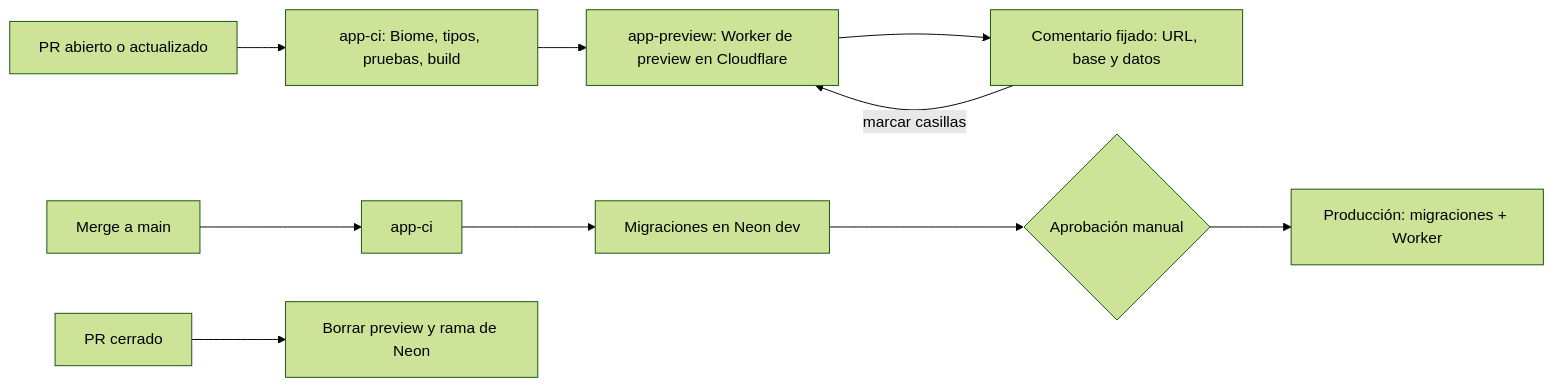
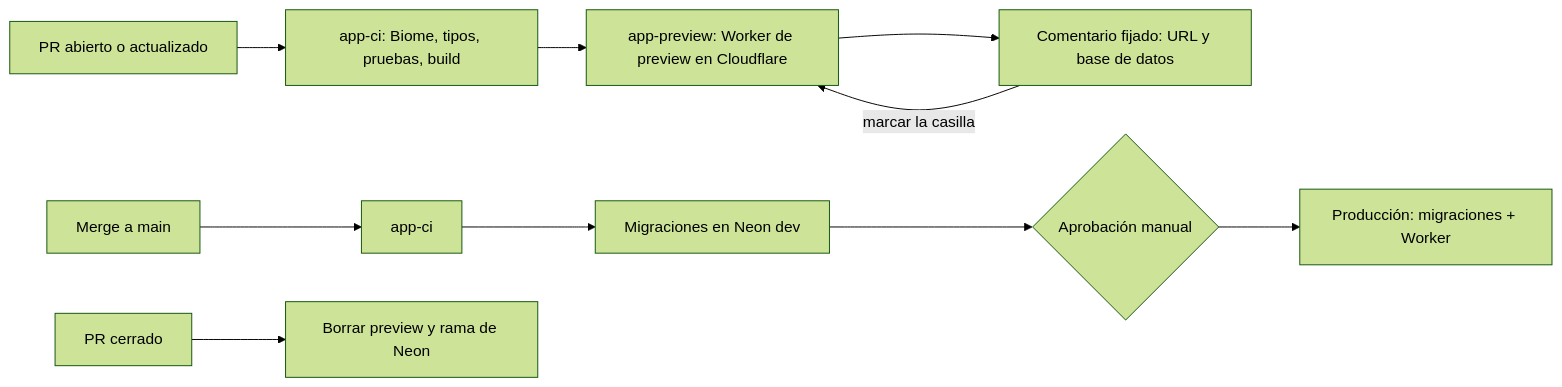
One commit to EKOU-Solutions/EKOU-Elephants changed the diagram in docs/ci-cd.md. Above: the diagram before and after it, drawn with Mermaid (forest theme). The commit also changed other lines of this file and 7 other files, not shown here.

````diff
--- a/docs/ci-cd.md
+++ b/docs/ci-cd.md
@@ -7,9 +7,9 @@
 ```mermaid
 flowchart LR
   pr[PR abierto o actualizado] --> ci[app-ci: Biome, tipos, pruebas, build]
   ci --> prev[app-preview: Worker de preview en Cloudflare]
-  prev --> com[Comentario fijado: URL, base y datos]
-  com -- marcar casillas --> prev
+  prev --> com[Comentario fijado: URL y base de datos]
+  com -- marcar la casilla --> prev
   merge[Merge a main] --> ci2[app-ci] --> dev[Migraciones en Neon dev] --> aprob{Aprobación manual} --> prod[Producción: migraciones + Worker]
   cerrar[PR cerrado] --> limpiar[Borrar preview y rama de Neon]
 ```
````
